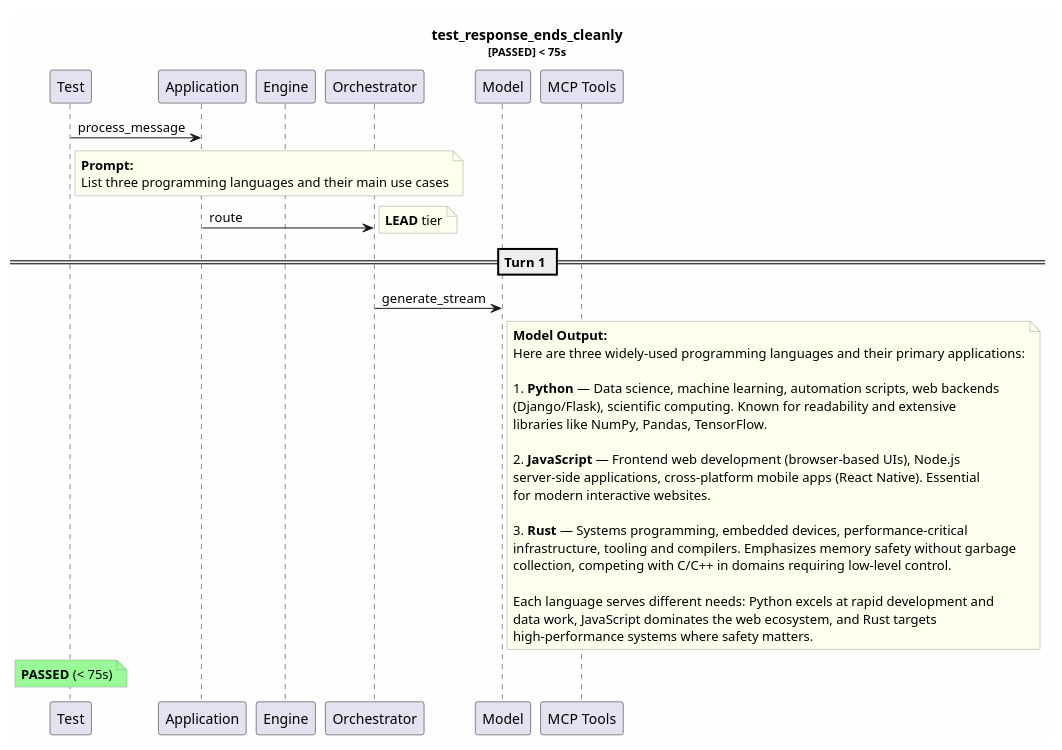
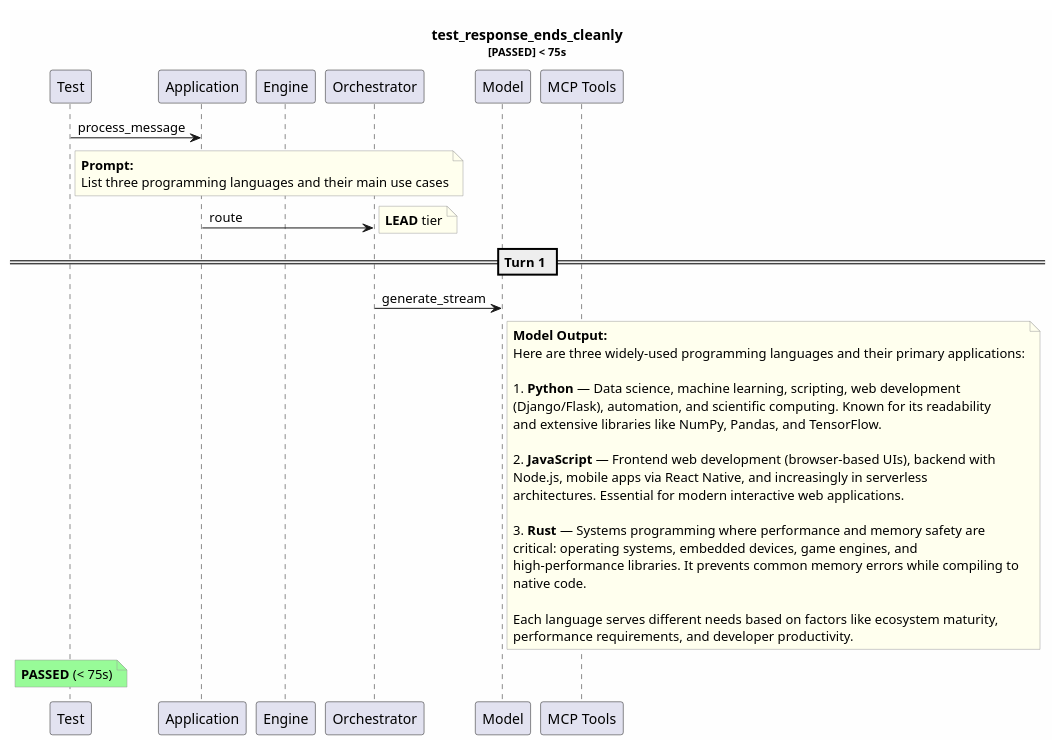
Before and after one commit to tvanfossen/entropic: the diagram in test-reports/logs/test_response_ends_cleanly/test_response_ends_cleanly.puml, drawn with PlantUML. The commit also changed 12 other files, not shown here.

```diff
--- a/test-reports/logs/test_response_ends_cleanly/test_response_ends_cleanly.puml
+++ b/test-reports/logs/test_response_ends_cleanly/test_response_ends_cleanly.puml
@@ -1,47 +1,47 @@
 @startuml
 skinparam backgroundColor #FEFEFE
 skinparam noteBorderColor #999999
 skinparam noteBackgroundColor #FFFFEE
 title test_response_ends_cleanly\n<size:11>[PASSED] < 75s</size>
 
 participant "Test" as T
 participant "Application" as App
 participant "Engine" as Eng
 participant "Orchestrator" as Orch
 participant "Model" as Mdl
 participant "MCP Tools" as MCP
 
 T -> App: process_message
 note right of T
   **Prompt:**
   List three programming languages and their main use cases
 end note
 App -> Orch: route
 note right: **LEAD** tier
 == Turn 1 ==
 Orch -> Mdl: generate_stream
 note right of Mdl
   **Model Output:**
   Here are three widely-used programming languages and their primary applications:
   
-  1. **Python** — Data science, machine learning, automation scripts, web backends
-  (Django/Flask), scientific computing. Known for readability and extensive 
-  libraries like NumPy, Pandas, TensorFlow.
+  1. **Python** — Data science, machine learning, scripting, web development 
+  (Django/Flask), automation, and scientific computing. Known for its readability 
+  and extensive libraries like NumPy, Pandas, and TensorFlow.
   
-  2. **JavaScript** — Frontend web development (browser-based UIs), Node.js 
-  server-side applications, cross-platform mobile apps (React Native). Essential 
-  for modern interactive websites.
+  2. **JavaScript** — Frontend web development (browser-based UIs), backend with 
+  Node.js, mobile apps via React Native, and increasingly in serverless 
+  architectures. Essential for modern interactive web applications.
   
-  3. **Rust** — Systems programming, embedded devices, performance-critical 
-  infrastructure, tooling and compilers. Emphasizes memory safety without garbage 
-  collection, competing with C/C++ in domains requiring low-level control.
+  3. **Rust** — Systems programming where performance and memory safety are 
+  critical: operating systems, embedded devices, game engines, and 
+  high-performance libraries. It prevents common memory errors while compiling to 
+  native code.
   
-  Each language serves different needs: Python excels at rapid development and 
-  data work, JavaScript dominates the web ecosystem, and Rust targets 
-  high-performance systems where safety matters.
+  Each language serves different needs based on factors like ecosystem maturity, 
+  performance requirements, and developer productivity.
 end note
 note over T #palegreen
   **PASSED** (< 75s)
 end note
 
 @enduml
```
